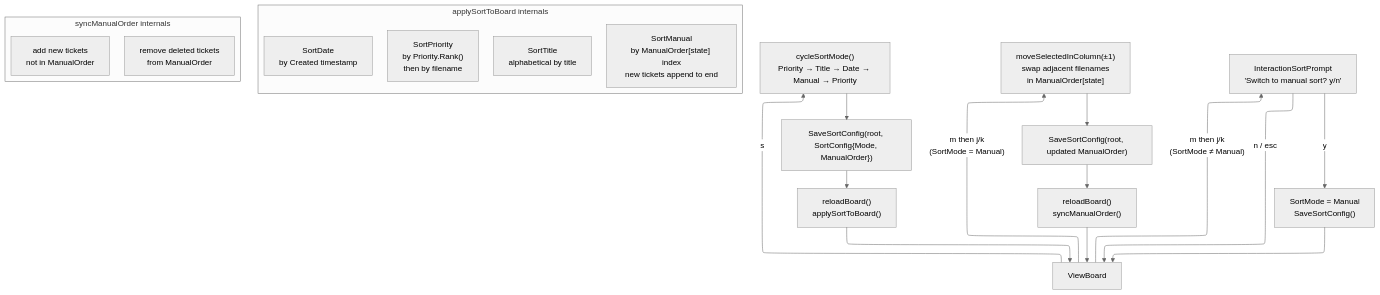
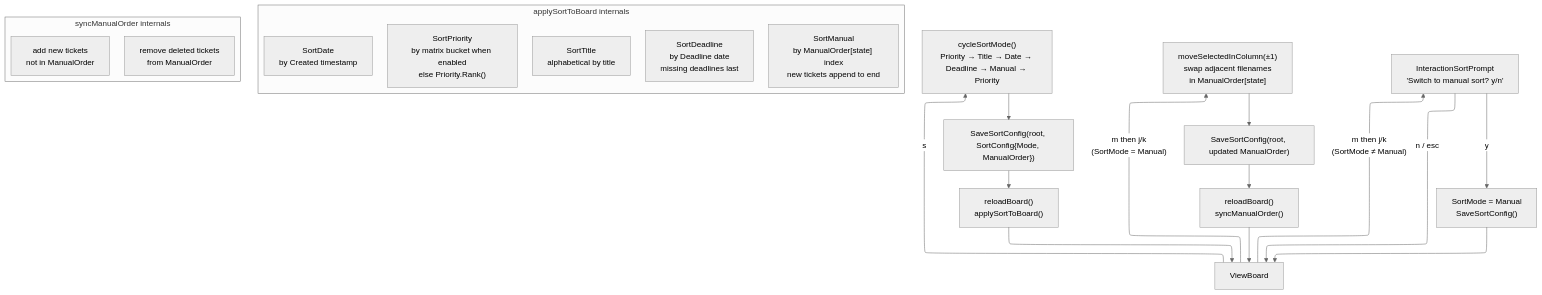
Before and after one commit to dawidsok/tickcats: the first of 3 diagrams in docs/flows/sort-management.md, drawn with Mermaid (neutral theme). The commit also changed other lines of this file and 14 other files, not shown here.

````diff
--- a/docs/flows/sort-management.md
+++ b/docs/flows/sort-management.md
@@ -7,30 +7,31 @@
 ```mermaid
 %%{init: {"flowchart": {"defaultRenderer": "elk"}} }%%
 flowchart TD
-    Board["ViewBoard"] -->|"s"| Cycle["cycleSortMode()\nPriority → Title → Date → Manual → Priority"]
+    Board["ViewBoard"] -->|"s"| Cycle["cycleSortMode()\nPriority → Title → Date → Deadline → Manual → Priority"]
     Cycle --> Save["SaveSortConfig(root, SortConfig{Mode, ManualOrder})"]
     Save --> Reload["reloadBoard()\napplySortToBoard()"]
     Reload --> Board
 
     Board -->|"m then j/k\n(SortMode = Manual)"| ManualReorder["moveSelectedInColumn(±1)\nswap adjacent filenames\nin ManualOrder[state]"]
     ManualReorder --> SaveManual["SaveSortConfig(root, updated ManualOrder)"]
     SaveManual --> ReloadManual["reloadBoard()\nsyncManualOrder()"]
     ReloadManual --> Board
 
     Board -->|"m then j/k\n(SortMode ≠ Manual)"| Prompt["InteractionSortPrompt\n'Switch to manual sort? y/n'"]
     Prompt -->|"n / esc"| Board
     Prompt -->|"y"| SwitchManual["SortMode = Manual\nSaveSortConfig()"]
     SwitchManual --> Board
 
     subgraph "applySortToBoard internals"
-        SortPriority["SortPriority\nby Priority.Rank()\nthen by filename"]
+        SortPriority["SortPriority\nby matrix bucket when enabled\nelse Priority.Rank()"]
         SortTitle["SortTitle\nalphabetical by title"]
         SortDate["SortDate\nby Created timestamp"]
+        SortDeadline["SortDeadline\nby Deadline date\nmissing deadlines last"]
         SortManualMode["SortManual\nby ManualOrder[state] index\nnew tickets append to end"]
     end
 
     subgraph "syncManualOrder internals"
         SyncAdd["add new tickets\nnot in ManualOrder"]
         SyncRemove["remove deleted tickets\nfrom ManualOrder"]
     end
 ```
````
